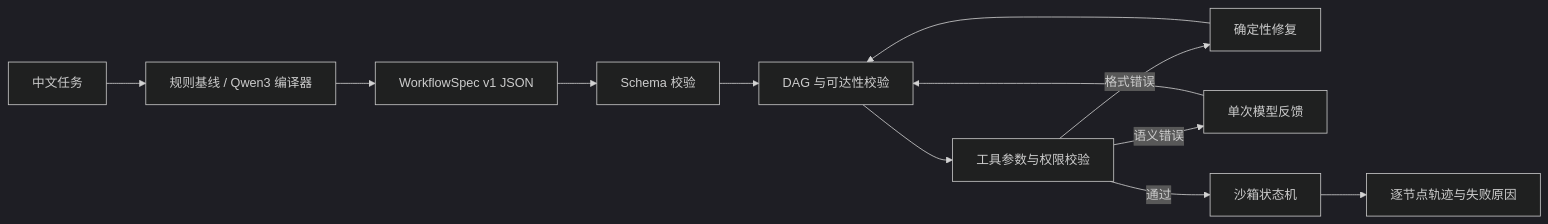
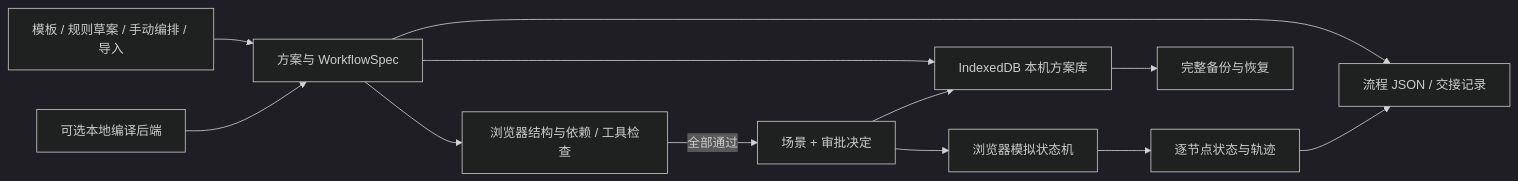
One commit to daizhouchen/flowspec-sft changed the diagram in README.md. Above: the diagram before and after it, drawn with Mermaid (dark theme). The commit also changed other lines of this file and 28 other files, not shown here.

Commit message:
Build editable FlowSpec workflow planning and simulation workbench

````diff
--- a/README.md
+++ b/README.md
@@ -27,14 +39,14 @@
 ```mermaid
 flowchart LR
-    A[中文任务] --> B[规则基线 / Qwen3 编译器]
-    B --> C[WorkflowSpec v1 JSON]
-    C --> D[Schema 校验]
-    D --> E[DAG 与可达性校验]
-    E --> F[工具参数与权限校验]
-    F -->|格式错误| G[确定性修复]
-    F -->|语义错误| H[单次模型反馈]
-    G --> E
-    H --> E
-    F -->|通过| I[沙箱状态机]
-    I --> J[逐节点轨迹与失败原因]
+    A[模板 / 规则草案 / 手动编排 / 导入] --> B[方案与 WorkflowSpec]
+    K[可选本地编译后端] --> B
+    B --> C[浏览器结构与依赖 / 工具检查]
+    C -->|全部通过| D[场景 + 审批决定]
+    D --> E[浏览器模拟状态机]
+    E --> F[逐节点状态与轨迹]
+    B --> G[IndexedDB 本机方案库]
+    D --> G
+    G --> H[完整备份与恢复]
+    B --> I[流程 JSON / 交接记录]
+    F --> I
 ```
````
